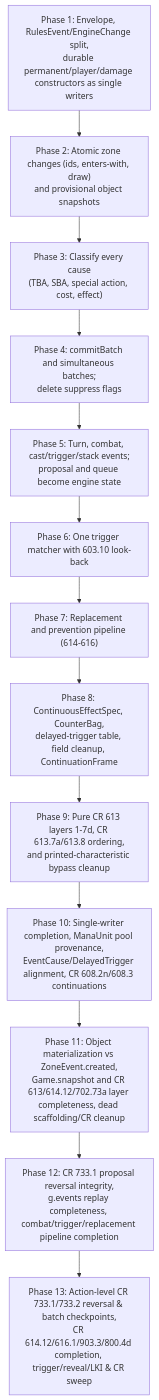
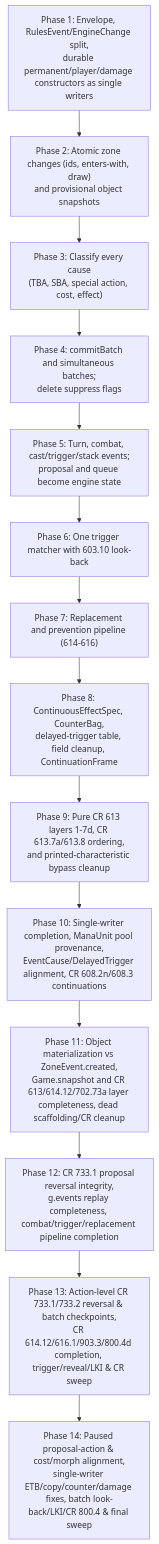
Before and after one commit to IharBury/mtg: the diagram in EVENT_ALIGNMENT_PLAN.md, drawn with Mermaid. The commit also changed other lines of this file, not shown here.

Commit message:
Update EVENT_ALIGNMENT_PLAN.md after Phase 13 (#594)

````diff
--- a/EVENT_ALIGNMENT_PLAN.md
+++ b/EVENT_ALIGNMENT_PLAN.md
@@ -1510,15 +1529,16 @@
 ```mermaid
 flowchart TD
   P1["Phase 1: Envelope, RulesEvent/EngineChange split,\ndurable permanent/player/damage constructors as single writers"] --> P2["Phase 2: Atomic zone changes (ids, enters-with, draw)\nand provisional object snapshots"]
   P2 --> P3["Phase 3: Classify every cause\n(TBA, SBA, special action, cost, effect)"]
   P3 --> P4["Phase 4: commitBatch and simultaneous batches;\ndelete suppress flags"]
   P4 --> P5["Phase 5: Turn, combat, cast/trigger/stack events;\nproposal and queue become engine state"]
   P5 --> P6["Phase 6: One trigger matcher with 603.10 look-back"]
   P6 --> P7["Phase 7: Replacement and prevention pipeline (614-616)"]
   P7 --> P8["Phase 8: ContinuousEffectSpec, CounterBag,\ndelayed-trigger table, field cleanup, ContinuationFrame"]
   P8 --> P9["Phase 9: Pure CR 613 layers 1-7d, CR 613.7a/613.8 ordering,\nand printed-characteristic bypass cleanup"]
   P9 --> P10["Phase 10: Single-writer completion, ManaUnit pool provenance,\nEventCause/DelayedTrigger alignment, CR 608.2n/608.3 continuations"]
   P10 --> P11["Phase 11: Object materialization vs ZoneEvent.created,\nGame.snapshot and CR 613/614.12/702.73a layer completeness, dead scaffolding/CR cleanup"]
   P11 --> P12["Phase 12: CR 733.1 proposal reversal integrity,\ng.events replay completeness, combat/trigger/replacement pipeline completion"]
   P12 --> P13["Phase 13: Action-level CR 733.1/733.2 reversal & batch checkpoints,\nCR 614.12/616.1/903.3/800.4d completion, trigger/reveal/LKI & CR sweep"]
+  P13 --> P14["Phase 14: Paused proposal-action & cost/morph alignment,\nsingle-writer ETB/copy/counter/damage fixes, batch look-back/LKI/CR 800.4 & final sweep"]
 ```
````
